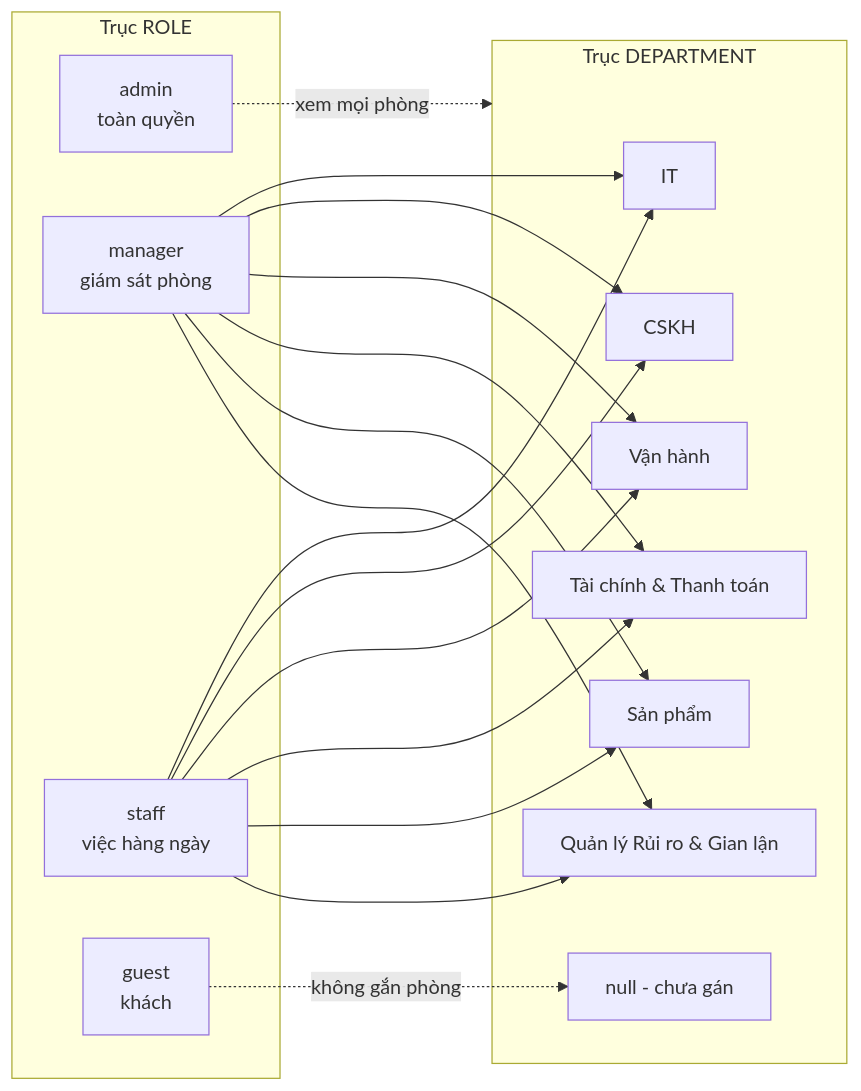
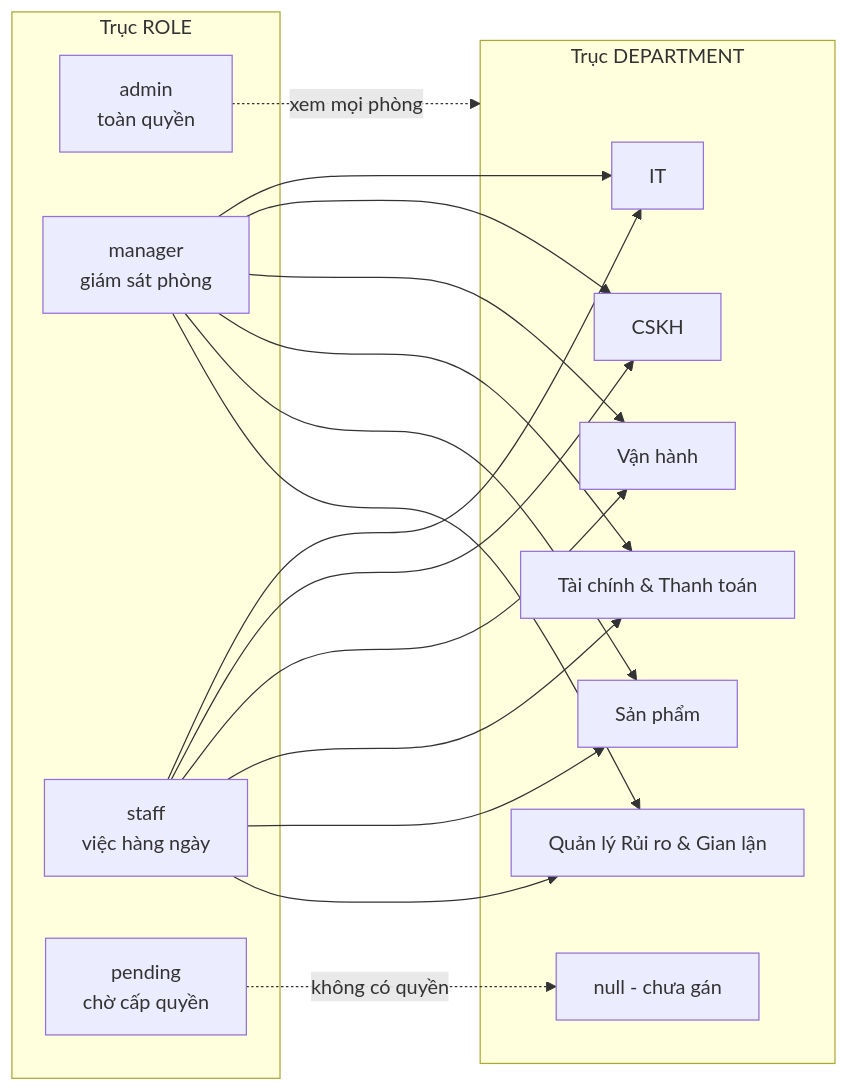
The fourth of 5 diagrams in docs/project/co_che.md (Kez-DE/AI-Quality-Intelligence-Platform), drawn with Mermaid before and after one commit. The commit also changed other lines of this file and 25 other files, not shown here.

````diff
--- a/docs/project/co_che.md
+++ b/docs/project/co_che.md
@@ -238,22 +245,22 @@
 ```mermaid
 flowchart LR
     subgraph Roles[Trục ROLE]
         admin[admin<br/>toàn quyền]
         manager[manager<br/>giám sát phòng]
         staff[staff<br/>việc hàng ngày]
-        guest[guest<br/>khách]
+        pending[pending<br/>chờ cấp quyền]
     end
     subgraph Depts[Trục DEPARTMENT]
         IT[IT]
         CSKH[CSKH]
         VH[Vận hành]
         FIN["Tài chính & Thanh toán"]
         SP[Sản phẩm]
         RR["Quản lý Rủi ro & Gian lận"]
         none[null - chưa gán]
     end
     admin -.->|xem mọi phòng| Depts
     manager --> IT & CSKH & VH & FIN & SP & RR
     staff --> IT & CSKH & VH & FIN & SP & RR
-    guest -.->|không gắn phòng| none
+    pending -.->|không có quyền| none
 ```
````
